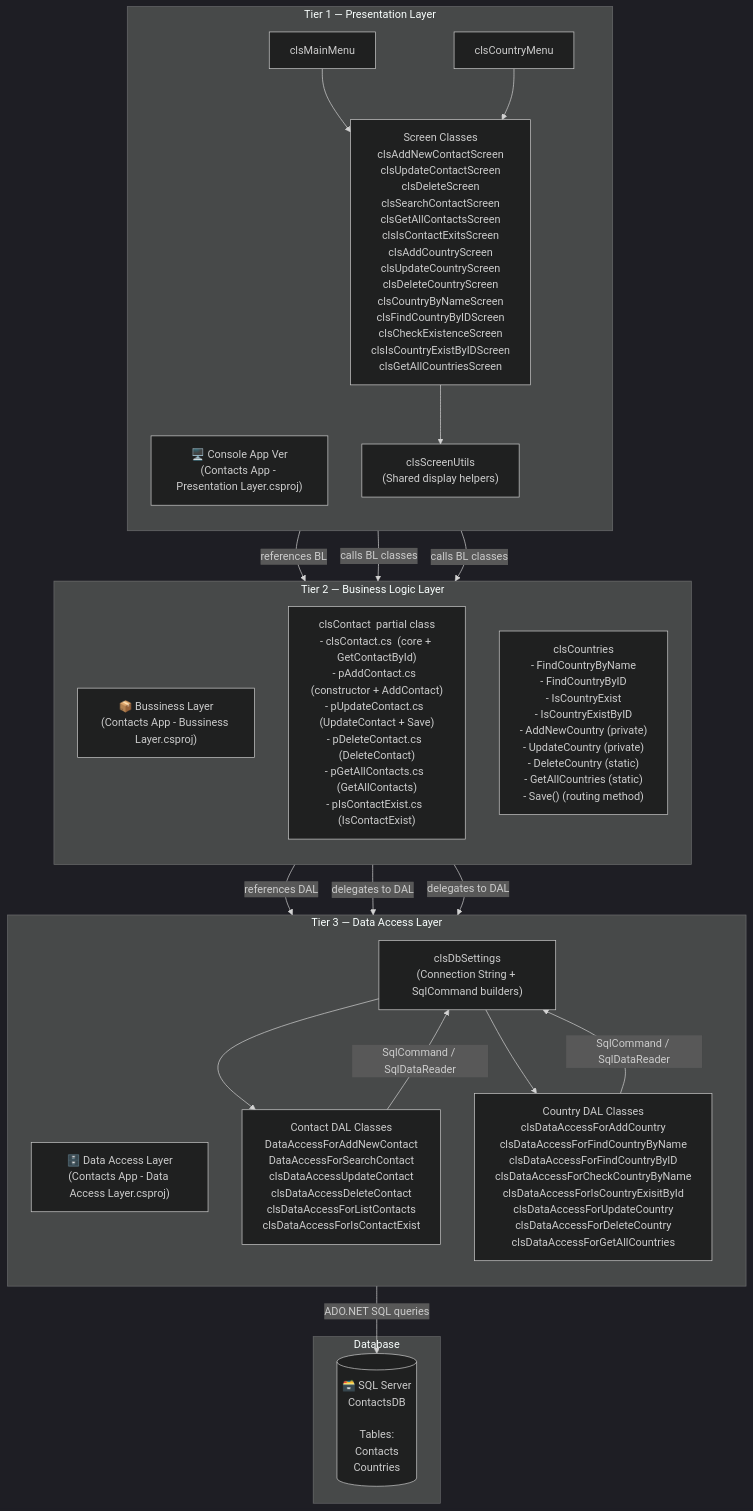
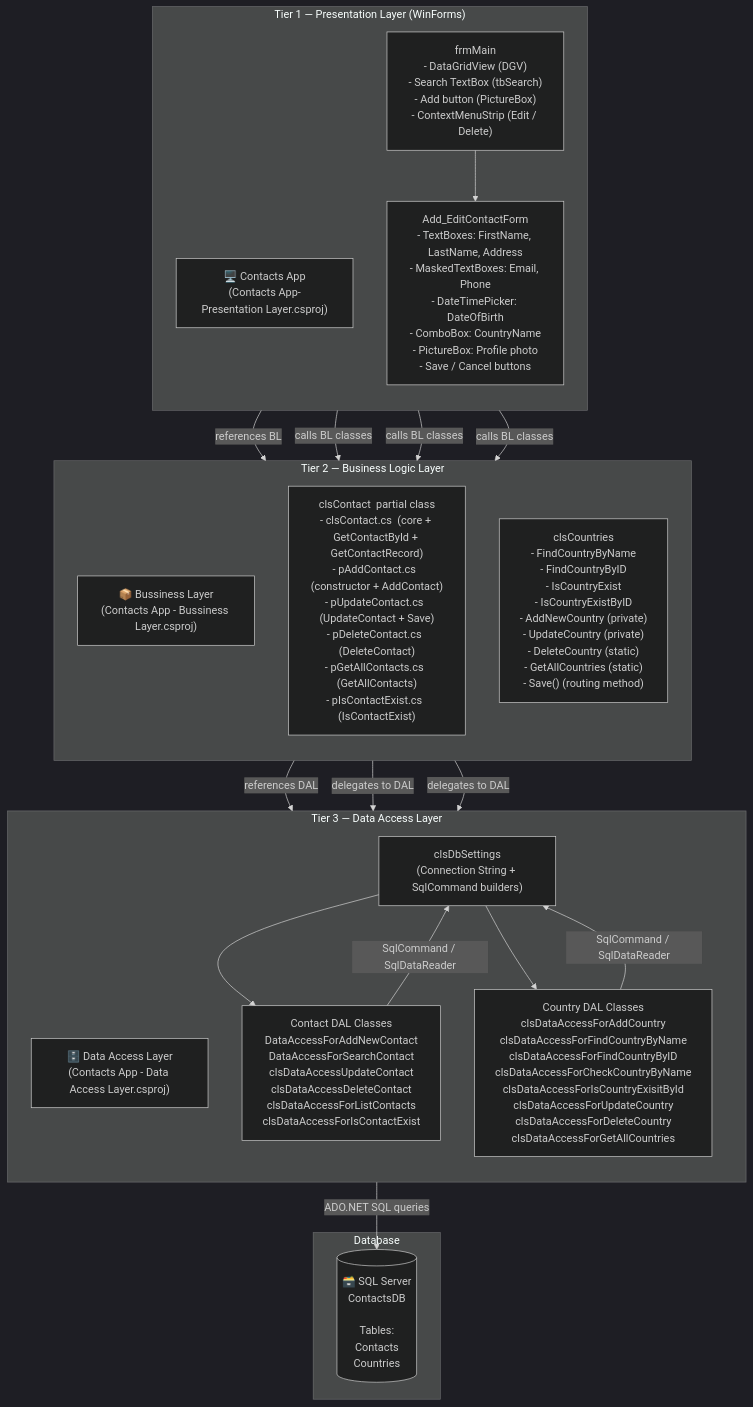
Before and after one commit to osama-dev2206/ContactsApp-ConsoleAppVer: the diagram in README.md, drawn with Mermaid (dark theme). The commit also changed other lines of this file and 29 other files, not shown here.

````diff
--- a/README.md
+++ b/README.md
@@ -71,47 +71,44 @@
 ```mermaid
 graph TD
-    subgraph "Tier 1 — Presentation Layer"
+    subgraph "Tier 1 — Presentation Layer (WinForms)"
         direction TB
-        PL["🖥️ Console App Ver\n(Contacts App - Presentation Layer.csproj)"]
-        PM["clsMainMenu"]
-        PCM["clsCountryMenu"]
-        PS["Screen Classes\nclsAddNewContactScreen\nclsUpdateContactScreen\nclsDeleteScreen\nclsSearchContactScreen\nclsGetAllContactsScreen\nclsIsContactExitsScreen\nclsAddCountryScreen\nclsUpdateCountryScreen\nclsDeleteCountryScreen\nclsCountryByNameScreen\nclsFindCountryByIDScreen\nclsCheckExistenceScreen\nclsIsCountryExistByIDScreen\nclsGetAllCountriesScreen"]
-        PU["clsScreenUtils\n(Shared display helpers)"]
-        PM --> PS
-        PCM --> PS
-        PS --> PU
+        PL["🖥️ Contacts App\n(Contacts App-Presentation Layer.csproj)"]
+        F1["frmMain\n- DataGridView (DGV)\n- Search TextBox (tbSearch)\n- Add button (PictureBox)\n- ContextMenuStrip (Edit / Delete)"]
+        F2["Add_EditContactForm\n- TextBoxes: FirstName, LastName, Address\n- MaskedTextBoxes: Email, Phone\n- DateTimePicker: DateOfBirth\n- ComboBox: CountryName\n- PictureBox: Profile photo\n- Save / Cancel buttons"]
+        F1 --> F2
     end
 
     subgraph "Tier 2 — Business Logic Layer"
         direction TB
         BL["📦 Bussiness Layer\n(Contacts App - Bussiness Layer.csproj)"]
-        BC["clsContact  partial class\n- clsContact.cs  (core + GetContactById)\n- pAddContact.cs  (constructor + AddContact)\n- pUpdateContact.cs  (UpdateContact + Save)\n- pDeleteContact.cs  (DeleteContact)\n- pGetAllContacts.cs  (GetAllContacts)\n- pIsContactExist.cs  (IsContactExist)"]
+        BC["clsContact  partial class\n- clsContact.cs  (core + GetContactById + GetContactRecord)\n- pAddContact.cs  (constructor + AddContact)\n- pUpdateContact.cs  (UpdateContact + Save)\n- pDeleteContact.cs  (DeleteContact)\n- pGetAllContacts.cs  (GetAllContacts)\n- pIsContactExist.cs  (IsContactExist)"]
         BCC["clsCountries\n- FindCountryByName\n- FindCountryByID\n- IsCountryExist\n- IsCountryExistByID\n- AddNewCountry (private)\n- UpdateCountry (private)\n- DeleteCountry (static)\n- GetAllCountries (static)\n- Save() (routing method)"]
     end
 
     subgraph "Tier 3 — Data Access Layer"
         direction TB
         DA["🗄️ Data Access Layer\n(Contacts App - Data Access Layer.csproj)"]
         DBS["clsDbSettings\n(Connection String + SqlCommand builders)"]
         DC["Contact DAL Classes\nDataAccessForAddNewContact\nDataAccessForSearchContact\nclsDataAccessUpdateContact\nclsDataAccessDeleteContact\nclsDataAccessForListContacts\nclsDataAccessForIsContactExist"]
         DCO["Country DAL Classes\nclsDataAccessForAddCountry\nclsDataAccessForFindCountryByName\nclsDataAccessForFindCountryByID\nclsDataAccessForCheckCountryByName\nclsDataAccessForIsCountryExisitById\nclsDataAccessForUpdateCountry\nclsDataAccessForDeleteCountry\nclsDataAccessForGetAllCountries"]
         DBS --> DC
         DBS --> DCO
     end
 
     subgraph "Database"
         DB[("🗃️ SQL Server\nContactsDB\n\nTables:\n  Contacts\n  Countries")]
     end
 
     %% Inter-tier dependencies (strict one-way)
     PL -->|"references BL"| BL
     BL -->|"references DAL"| DA
     DA -->|"ADO.NET SQL queries"| DB
 
-    PS -->|"calls BL classes"| BC
-    PS -->|"calls BL classes"| BCC
+    F1 -->|"calls BL classes"| BC
+    F2 -->|"calls BL classes"| BC
+    F2 -->|"calls BL classes"| BCC
     BC -->|"delegates to DAL"| DC
     BCC -->|"delegates to DAL"| DCO
     DC -->|"SqlCommand / SqlDataReader"| DBS
     DCO -->|"SqlCommand / SqlDataReader"| DBS
 ```
````
